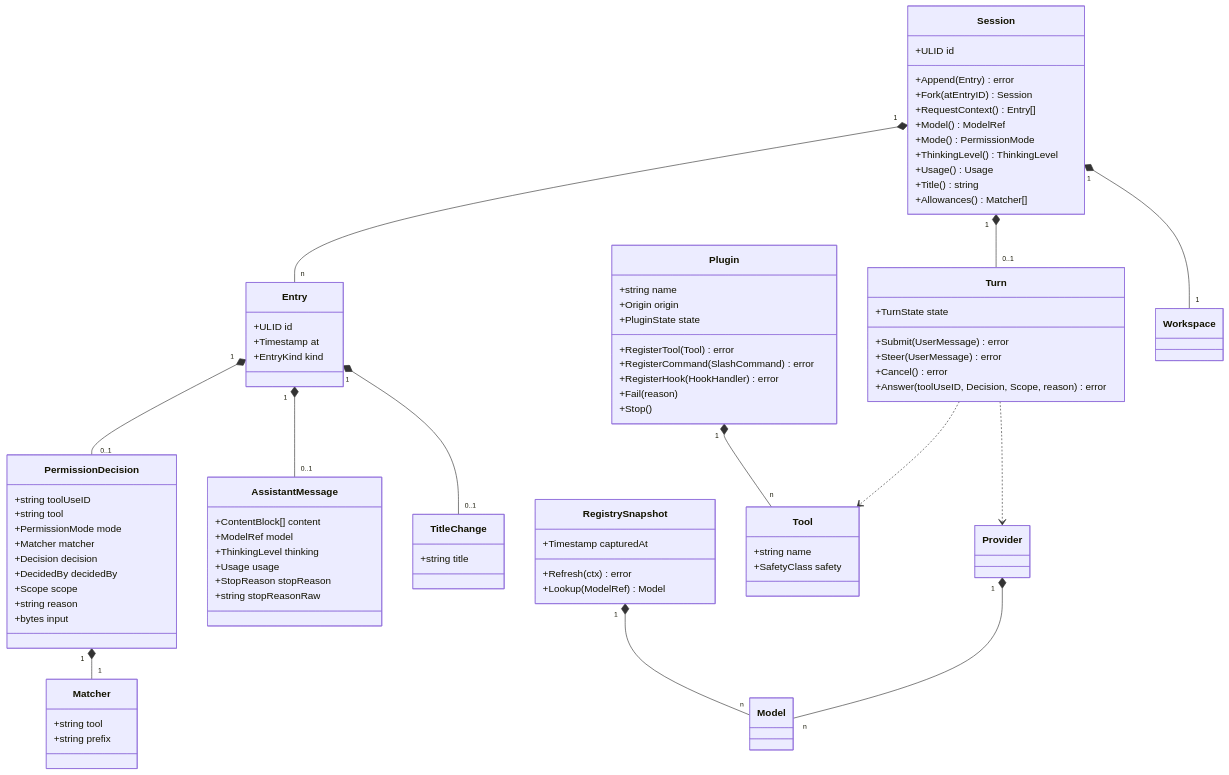
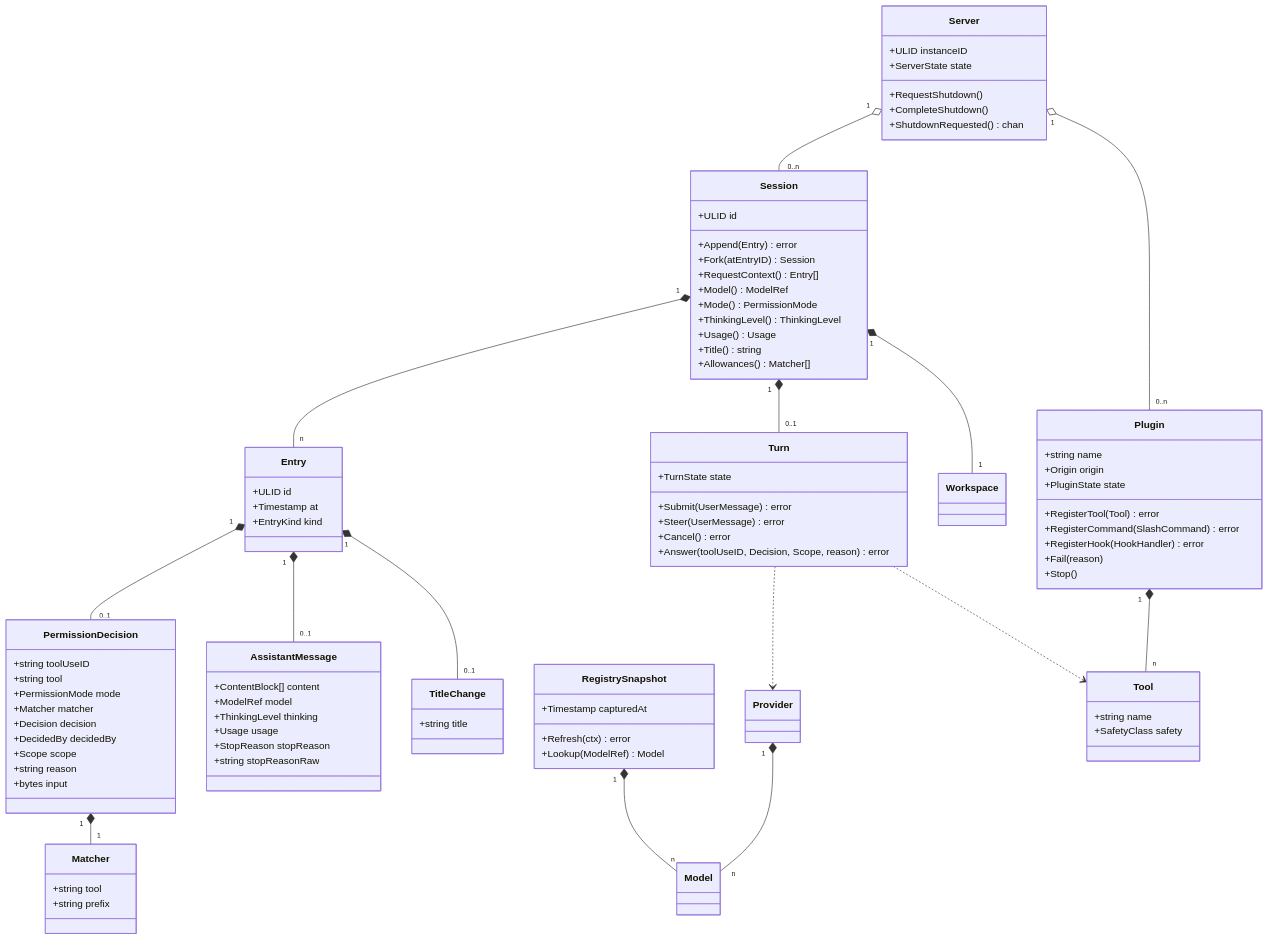
Before and after one commit to guygrigsby/rudy: the eighth of 8 diagrams in docs/specs/rudy-domain-model.md, drawn with Mermaid. The commit also changed other lines of this file and 5 other files, not shown here.

````diff
--- a/docs/specs/rudy-domain-model.md
+++ b/docs/specs/rudy-domain-model.md
@@ -1217,5 +1274,12 @@
 ```mermaid
 classDiagram
+    class Server {
+        +ULID instanceID
+        +ServerState state
+        +RequestShutdown()
+        +CompleteShutdown()
+        +ShutdownRequested() chan
+    }
     class Session {
         +ULID id
         +Append(Entry) error
@@ -1285,6 +1349,8 @@
         +string name
         +SafetyClass safety
     }
+    Server "1" o-- "0..n" Session
+    Server "1" o-- "0..n" Plugin
     Session "1" *-- "n" Entry
     Entry "1" *-- "0..1" PermissionDecision
     PermissionDecision "1" *-- "1" Matcher
````
